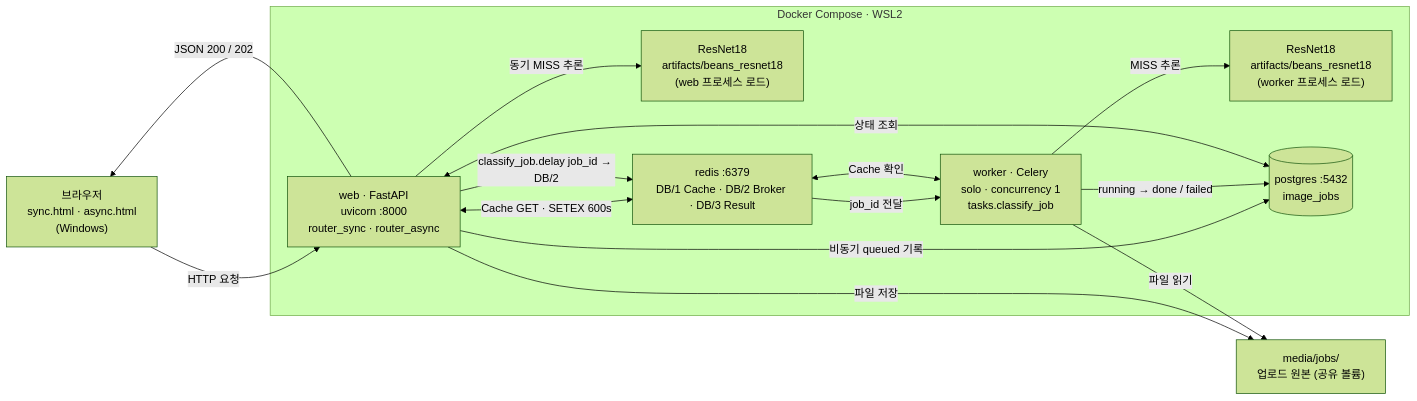
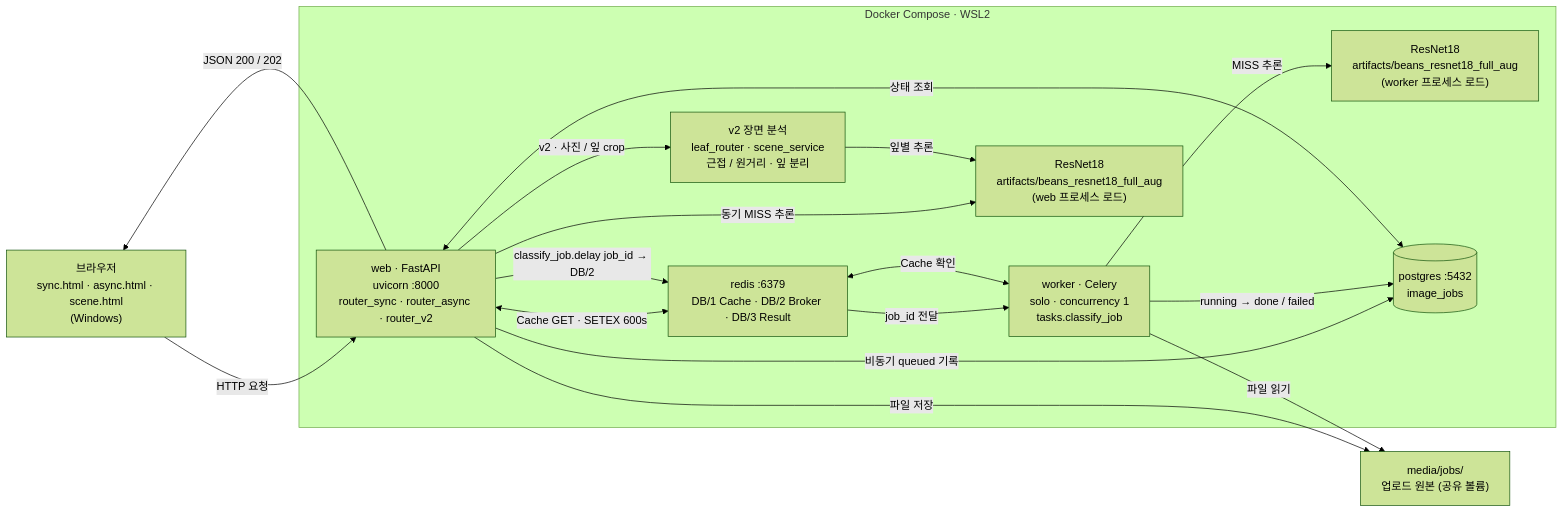
One commit to sunghyunglee6334-web/fastapi-beans-resnet18-project changed the first of 2 diagrams in reports/02_시스템_아키텍처.md. Above: the diagram before and after it, drawn with Mermaid (forest theme). The commit also changed other lines of this file and 7 other files, not shown here.

Commit message:
docs: 최종 Architecture (v2 근접 / 원거리 흐름) · 08 처리 흐름 Mermaid · 의사코드 · 산출물 최종 모델 표기

````diff
--- a/reports/02_시스템_아키텍처.md
+++ b/reports/02_시스템_아키텍처.md
@@ -7,26 +9,29 @@
 ```mermaid
 flowchart LR
-    B["브라우저<br/>sync.html · async.html<br/>(Windows)"]
+    B["브라우저<br/>sync.html · async.html · scene.html<br/>(Windows)"]
     subgraph D["Docker Compose · WSL2"]
-      F["web · FastAPI<br/>uvicorn :8000<br/>router_sync · router_async"]
+      F["web · FastAPI<br/>uvicorn :8000<br/>router_sync · router_async · router_v2"]
       WK["worker · Celery<br/>solo · concurrency 1<br/>tasks.classify_job"]
-      AI1["ResNet18<br/>artifacts/beans_resnet18<br/>(web 프로세스 로드)"]
-      AI2["ResNet18<br/>artifacts/beans_resnet18<br/>(worker 프로세스 로드)"]
+      AI1["ResNet18<br/>artifacts/beans_resnet18_full_aug<br/>(web 프로세스 로드)"]
+      AI2["ResNet18<br/>artifacts/beans_resnet18_full_aug<br/>(worker 프로세스 로드)"]
+      V2["v2 장면 분석<br/>leaf_router · scene_service<br/>근접 / 원거리 · 잎 분리"]
       RE["redis :6379<br/>DB/1 Cache · DB/2 Broker · DB/3 Result"]
       DB[("postgres :5432<br/>image_jobs")]
     end
     MJ["media/jobs/<br/>업로드 원본 (공유 볼륨)"]
     B -->|HTTP 요청| F
     F <-->|Cache GET · SETEX 600s| RE
     F -->|동기 MISS 추론| AI1
+    F -->|v2 · 사진 / 잎 crop| V2
+    V2 -->|잎별 추론| AI1
     F -->|비동기 queued 기록| DB
     F -->|파일 저장| MJ
     F -->|classify_job.delay job_id → DB/2| RE
     RE -->|job_id 전달| WK
     WK -->|파일 읽기| MJ
     WK <-->|Cache 확인| RE
     WK -->|MISS 추론| AI2
     WK -->|running → done / failed| DB
     F <-->|상태 조회| DB
     F -->|JSON 200 / 202| B
 ```
````
